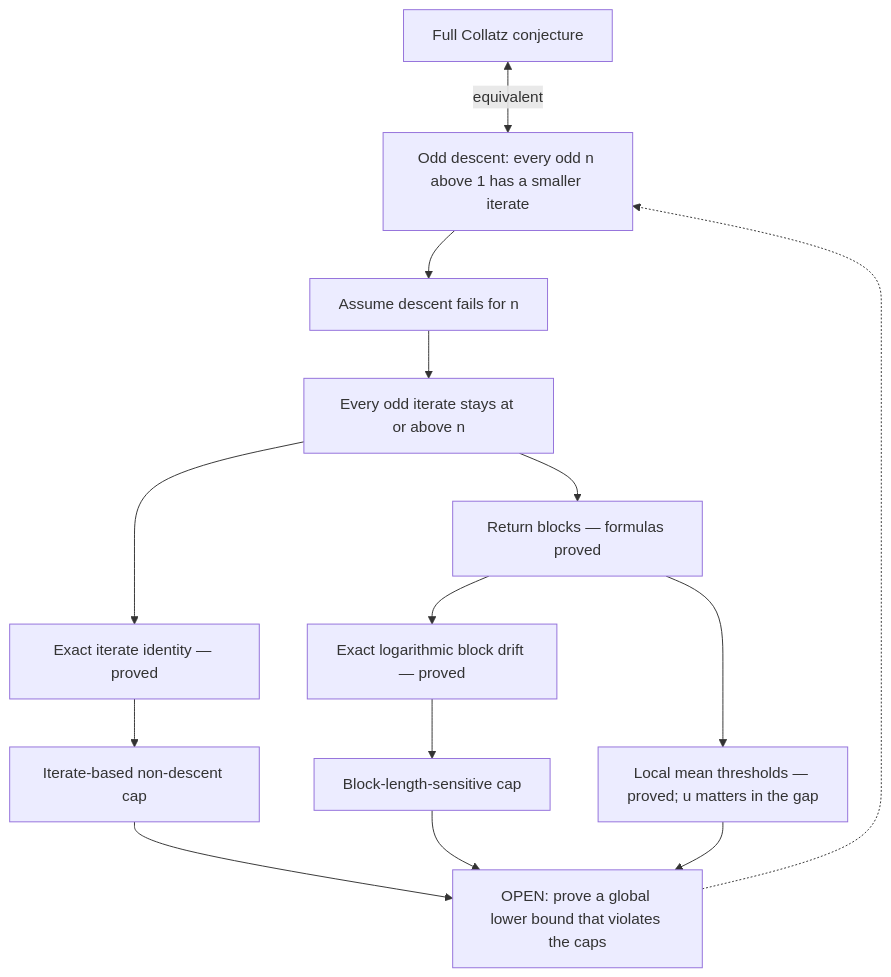
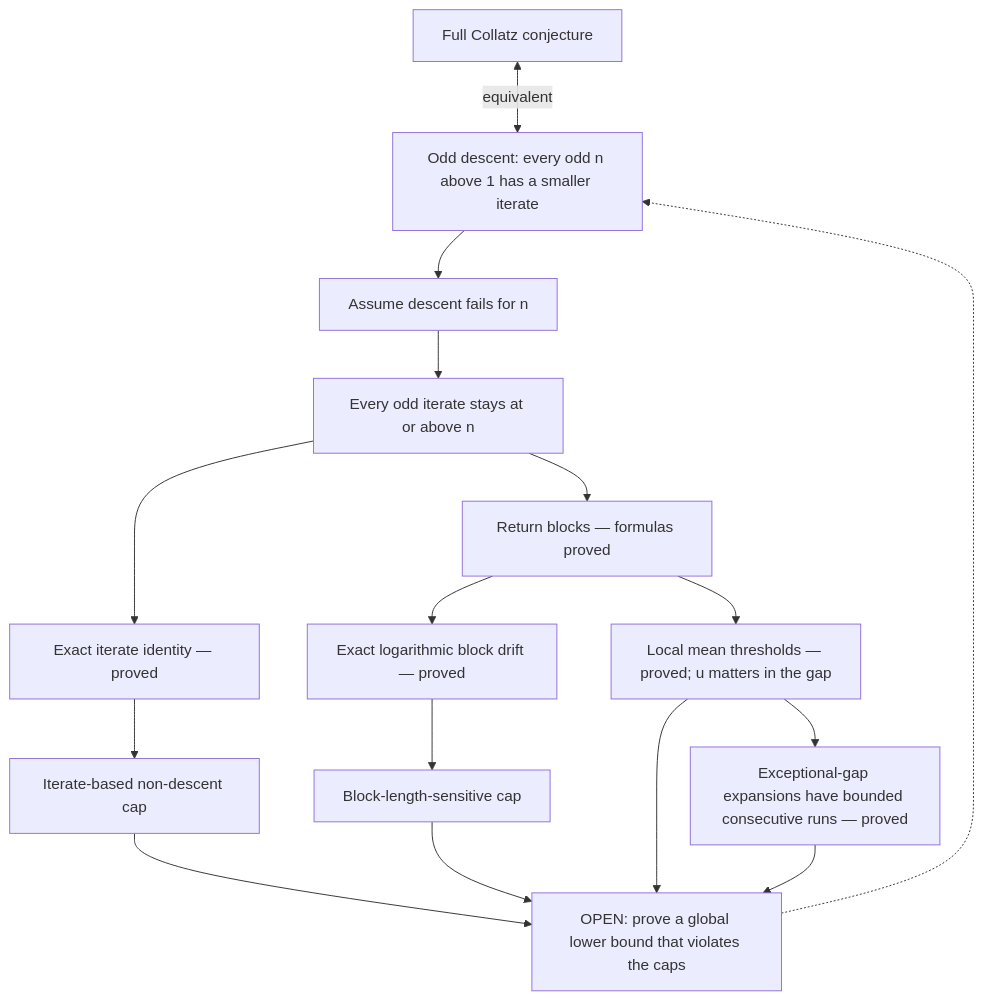
The diagram in ROADMAP.md (bassnicole1026-pixel/uctproject), drawn with Mermaid before and after one commit. The commit also changed other lines of this file and 1 other file, not shown here.

Commit message:
Bound runs of exceptional expanding blocks

````diff
--- a/ROADMAP.md
+++ b/ROADMAP.md
@@ -464,16 +466,18 @@
 ```mermaid
 flowchart TD
     C["Full Collatz conjecture"] <-->|equivalent| D["Odd descent: every odd n above 1 has a smaller iterate"]
     D --> H["Assume descent fails for n"]
     H --> N["Every odd iterate stays at or above n"]
     N --> I["Exact iterate identity — proved"]
     I --> U1["Iterate-based non-descent cap"]
     N --> B["Return blocks — formulas proved"]
     B --> L["Local mean thresholds — proved; u matters in the gap"]
+    L --> X["Exceptional-gap expansions have bounded consecutive runs — proved"]
     B --> J["Exact logarithmic block drift — proved"]
     J --> U2["Block-length-sensitive cap"]
     U1 --> G["OPEN: prove a global lower bound that violates the caps"]
     U2 --> G
     L --> G
+    X --> G
     G -.-> D
 ```
````
